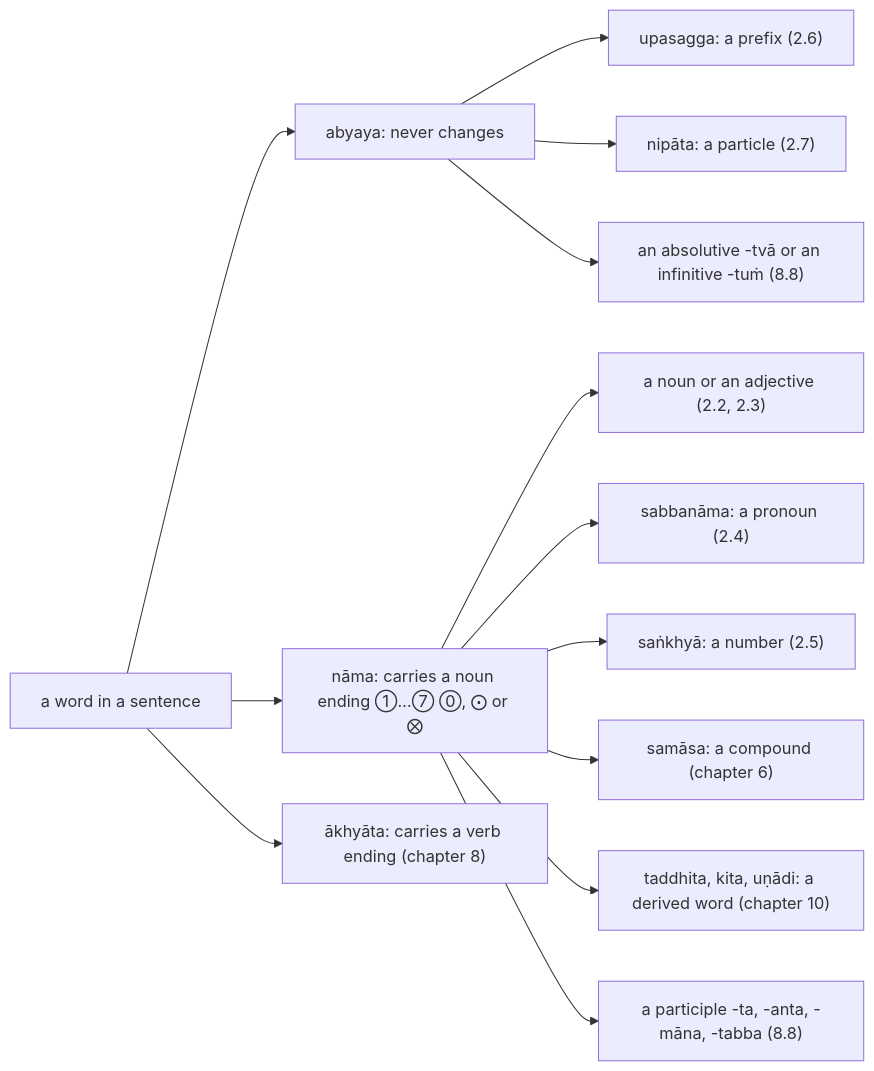
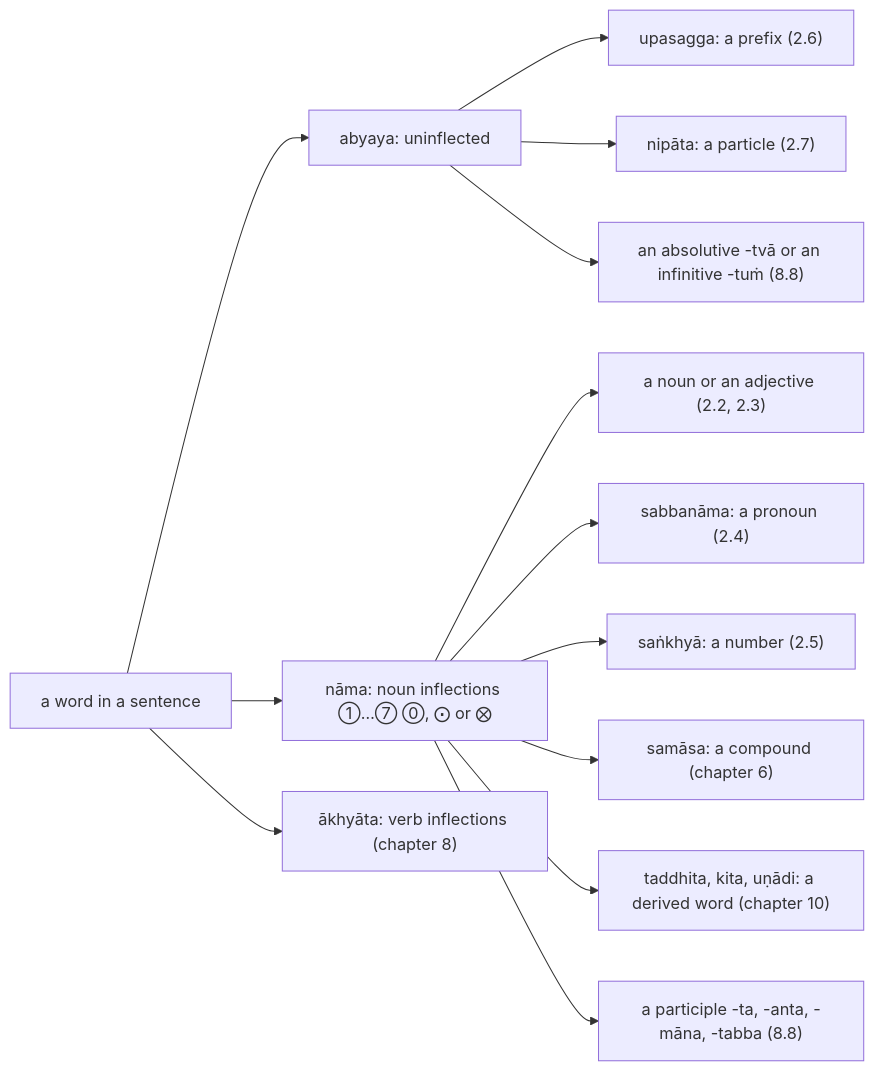
Before and after one commit to ChristineTham/buddhavacana: the first of 2 diagrams in src/content/docs/Pali Textbook/2-0-nama.md, drawn with Mermaid. The commit also changed other lines of this file and 7 other files, not shown here.

Commit message:
Refine Pali Textbook chapters: enhance descriptions, clarify noun inflections, and improve sandhi explanations; update TLDR summary for clarity; add VSCode settings for MDX files

````diff
--- a/src/content/docs/Pali Textbook/2-0-nama.md
+++ b/src/content/docs/Pali Textbook/2-0-nama.md
@@ -30,15 +35,15 @@
 ```mermaid
 flowchart LR
-  W["a word in a sentence"] --> A["abyaya: never changes"]
-  W --> N["nāma: carries a noun ending ①…⑦ ⓪, ⨀ or ⨂"]
-  W --> V["ākhyāta: carries a verb ending (chapter 8)"]
+  W["a word in a sentence"] --> A["abyaya: uninflected"]
+  W --> N["nāma: noun inflections ①…⑦ ⓪, ⨀ or ⨂"]
+  W --> V["ākhyāta: verb inflections (chapter 8)"]
   A --> A1["upasagga: a prefix (2.6)"]
   A --> A2["nipāta: a particle (2.7)"]
   A --> A3["an absolutive -tvā or an infinitive -tuṁ (8.8)"]
   N --> N1["a noun or an adjective (2.2, 2.3)"]
   N --> N2["sabbanāma: a pronoun (2.4)"]
   N --> N3["saṅkhyā: a number (2.5)"]
   N --> N4["samāsa: a compound (chapter 6)"]
   N --> N5["taddhita, kita, uṇādi: a derived word (chapter 10)"]
   N --> N6["a participle -ta, -anta, -māna, -tabba (8.8)"]
 ```
````
